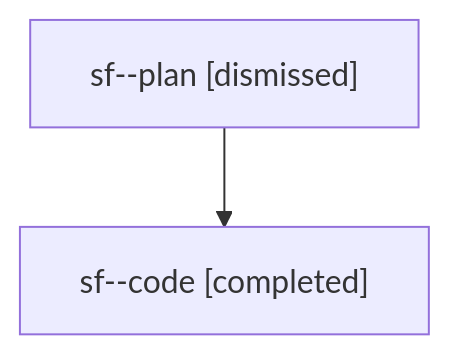
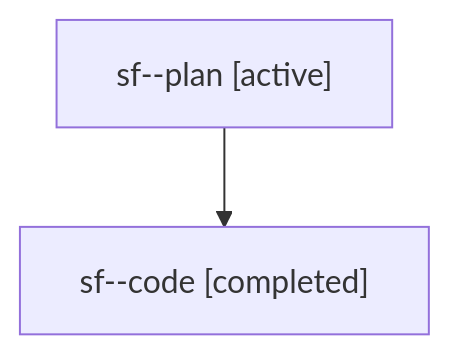
The diagram in families/bbugyi200.athena.sf.md (sase-org/sase--agents), drawn with Mermaid before and after one commit. The commit also changed other lines of this file and 4556 other files, not shown here.

````diff
--- a/families/bbugyi200.athena.sf.md
+++ b/families/bbugyi200.athena.sf.md
@@ -9,6 +9,6 @@
 ```mermaid
 flowchart TD
-  n0["sf--plan [dismissed]"]
+  n0["sf--plan [active]"]
   n1["sf--code [completed]"]
   n0 --> n1
 ```
````
